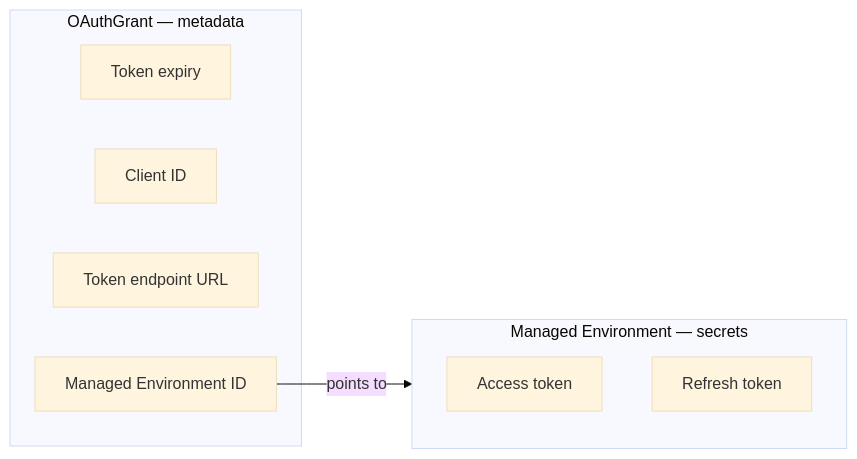
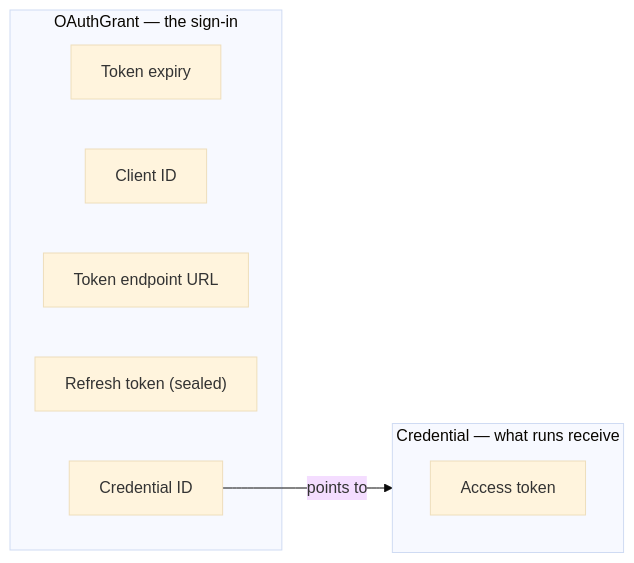
The second of 3 diagrams in docs/guides/integrations/oauth-architecture.mdx (stigmer/stigmer), drawn with Mermaid (base theme) before and after one commit. The commit also changed other lines of this file and 50 other files, not shown here.

````diff
--- a/docs/guides/integrations/oauth-architecture.mdx
+++ b/docs/guides/integrations/oauth-architecture.mdx
@@ -88,16 +88,16 @@
 ```mermaid
 flowchart LR
-    subgraph grantLayer ["OAuthGrant — metadata"]
+    subgraph grantLayer ["OAuthGrant — the sign-in"]
         expiry["Token expiry"]
         clientId["Client ID"]
         tokenEndpoint["Token endpoint URL"]
-        envId["Managed Environment ID"]
+        refreshToken["Refresh token (sealed)"]
+        credId["Credential ID"]
     end
 
-    subgraph envLayer ["Managed Environment — secrets"]
+    subgraph credLayer ["Credential — what runs receive"]
         accessToken["Access token"]
-        refreshToken["Refresh token"]
     end
 
-    envId -->|"points to"| envLayer
+    credId -->|"points to"| credLayer
 ```
````
